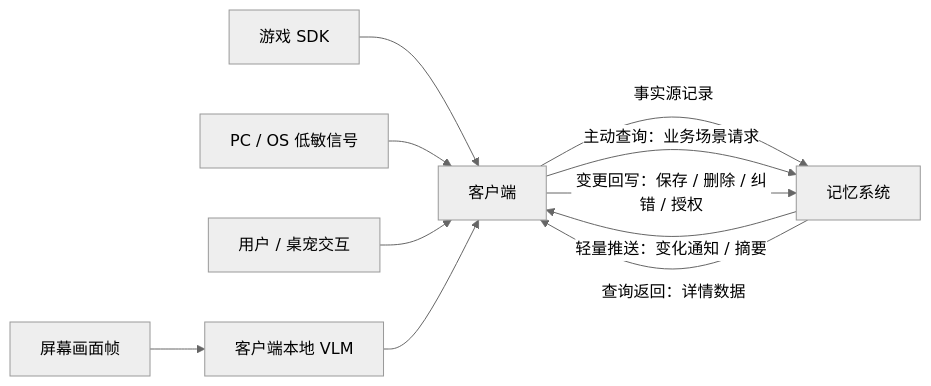
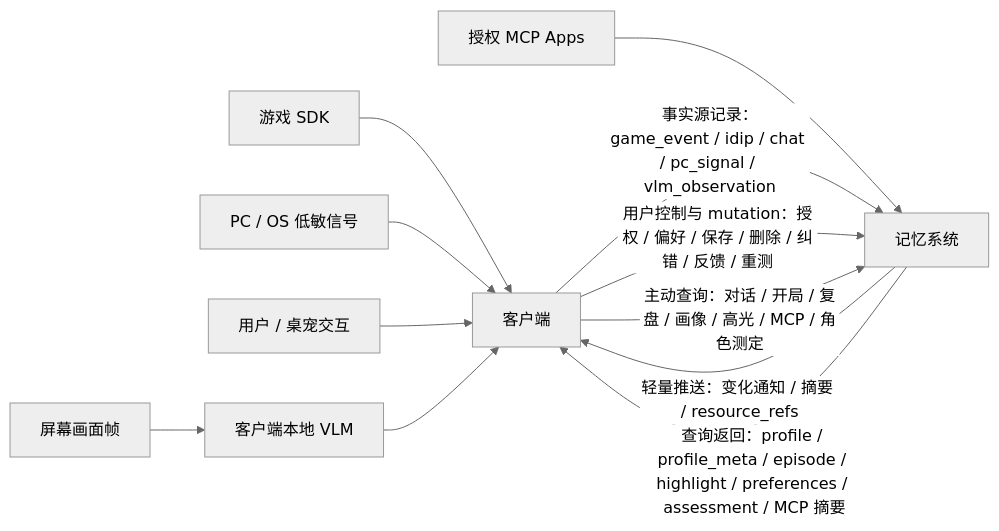
The diagram in projects/desktop-pet/01-pm/branches/memory-dataset/DATA_FLOW_REQUIREMENT_SPECIFICATION.md (uu-yaya/ai-product-builder), drawn with Mermaid (neutral theme) before and after one commit. The commit also changed other lines of this file and 1 other file, not shown here.

Commit message:
edit projects/desktop-pet/01-pm/branches/memory-dataset/DATA_FLOW_REQUIREMENT_SPECIFICATION.md via md-canvas

````diff
--- a/projects/desktop-pet/01-pm/branches/memory-dataset/DATA_FLOW_REQUIREMENT_SPECIFICATION.md
+++ b/projects/desktop-pet/01-pm/branches/memory-dataset/DATA_FLOW_REQUIREMENT_SPECIFICATION.md
@@ -80,14 +85,15 @@
 ```mermaid
 flowchart LR
   GameSDK["游戏 SDK"] --> Client["客户端"]
   PC["PC / OS 低敏信号"] --> Client
   UserPet["用户 / 桌宠交互"] --> Client
   Screen["屏幕画面帧"] --> LocalVLM["客户端本地 VLM"]
   LocalVLM --> Client
+  MCPApps["授权 MCP Apps"] --> Memory["记忆系统"]
 
-  Client -->|事实源记录| Memory["记忆系统"]
-  Memory -->|轻量推送：变化通知 / 摘要| Client
-  Client -->|主动查询：业务场景请求| Memory
-  Memory -->|查询返回：详情数据| Client
-  Client -->|变更回写：保存 / 删除 / 纠错 / 授权| Memory
+  Client -->|事实源记录：game_event / idip / chat / pc_signal / vlm_observation| Memory
+  Client -->|用户控制与 mutation：授权 / 偏好 / 保存 / 删除 / 纠错 / 反馈 / 重测| Memory
+  Memory -->|轻量推送：变化通知 / 摘要 / resource_refs| Client
+  Client -->|主动查询：对话 / 开局 / 复盘 / 画像 / 高光 / MCP / 角色测定| Memory
+  Memory -->|查询返回：profile / profile_meta / episode / highlight / preferences / assessment / MCP 摘要| Client
 ```
````
